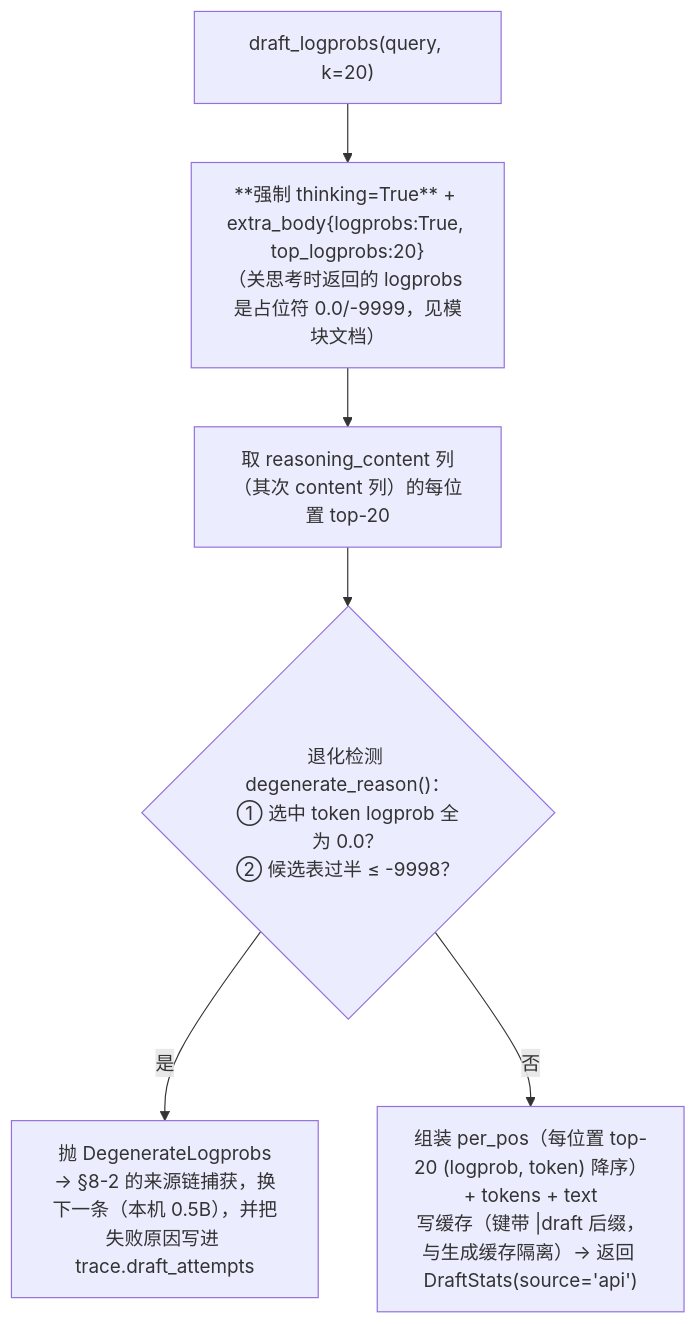
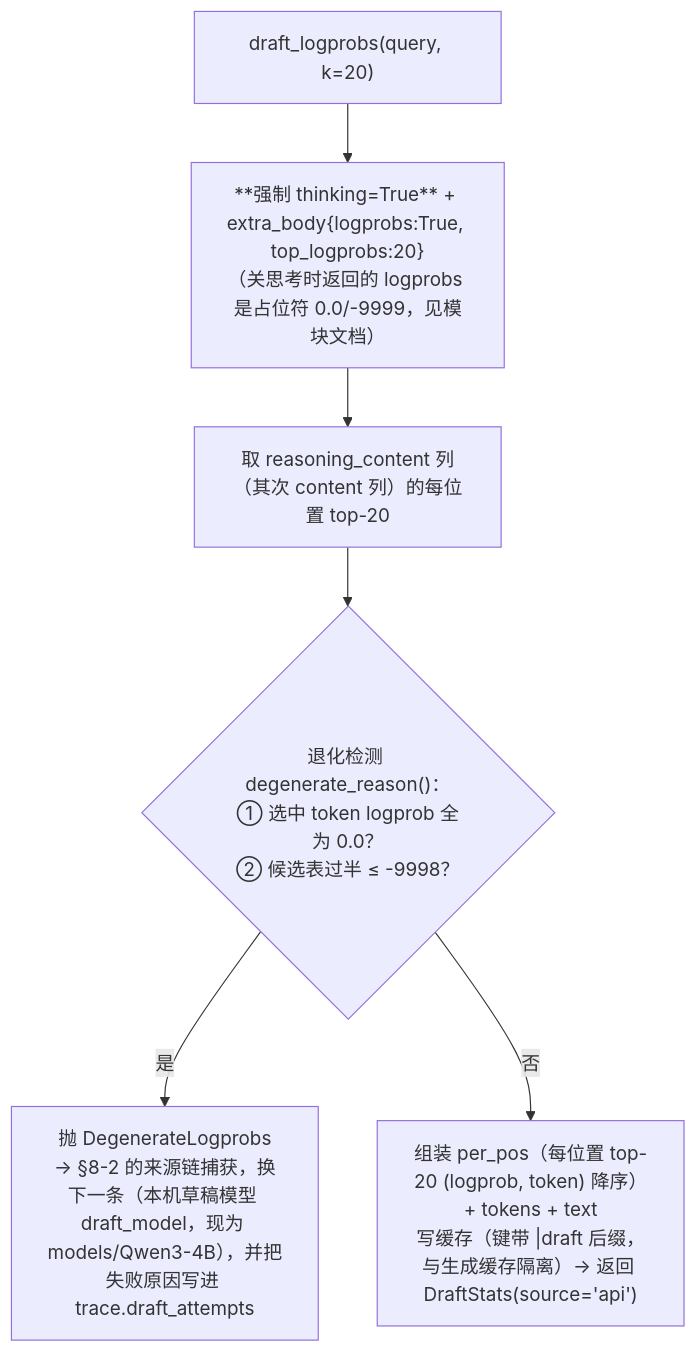
Diagram 17 of 26 in docs/功能流程图.md (woodforestsen/lawgate), drawn with Mermaid before and after one commit. The commit also changed other lines of this file and 724 other files, not shown here.

````diff
--- a/docs/功能流程图.md
+++ b/docs/功能流程图.md
@@ -506,8 +514,8 @@
 ```mermaid
 flowchart TD
     L0["draft_logprobs(query, k=20)"] --> L1["**强制 thinking=True** + extra_body{logprobs:True, top_logprobs:20}<br/>（关思考时返回的 logprobs 是占位符 0.0/-9999，见模块文档）"]
     L1 --> L2["取 reasoning_content 列（其次 content 列）的每位置 top-20"]
     L2 --> L3{"退化检测 degenerate_reason()：<br/>① 选中 token logprob 全为 0.0？<br/>② 候选表过半 ≤ -9998？"}
-    L3 -- "是" --> L4["抛 DegenerateLogprobs<br/>→ §8-2 的来源链捕获，换下一条（本机 0.5B），并把失败原因写进 trace.draft_attempts"]
+    L3 -- "是" --> L4["抛 DegenerateLogprobs<br/>→ §8-2 的来源链捕获，换下一条（本机草稿模型 draft_model，现为 models/Qwen3-4B），并把失败原因写进 trace.draft_attempts"]
     L3 -- "否" --> L5["组装 per_pos（每位置 top-20 (logprob, token) 降序）+ tokens + text<br/>写缓存（键带 |draft 后缀，与生成缓存隔离）→ 返回 DraftStats(source='api')"]
 ```
````
